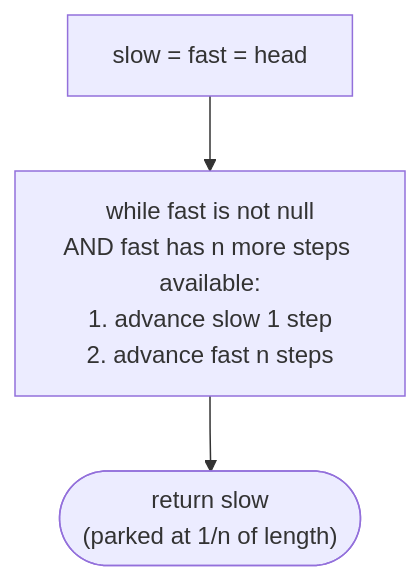
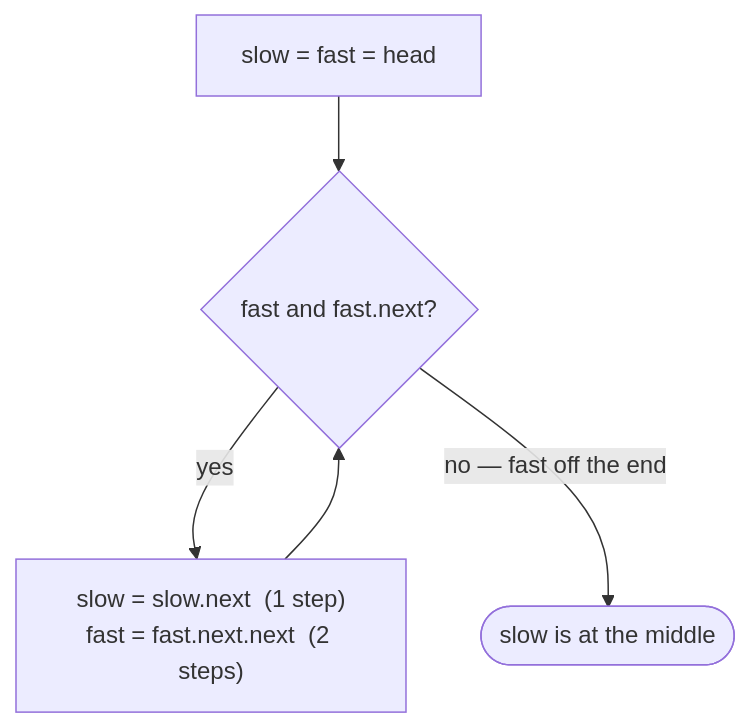
The diagram in content/cortex/data-structures-and-algorithms/02-linear-structures/03-singly-linked-list/10-pattern-fast-and-slow-pointers/01-pattern.md (ani2fun/codefolio), drawn with Mermaid before and after one commit. The commit also changed other lines of this file and 1049 other files, not shown here.

````diff
--- a/content/cortex/data-structures-and-algorithms/02-linear-structures/03-singly-linked-list/10-pattern-fast-and-slow-pointers/01-pattern.md
+++ b/content/cortex/data-structures-and-algorithms/02-linear-structures/03-singly-linked-list/10-pattern-fast-and-slow-pointers/01-pattern.md
@@ -88,7 +46,7 @@
 ```mermaid
 flowchart TB
-    INIT["slow = fast = head"]
-    LOOP["while fast is not null<br/>AND fast has n more steps available:<br/>1. advance slow 1 step<br/>2. advance fast n steps"]
-    END(["return slow<br/>(parked at 1/n of length)"])
-    INIT --> LOOP --> END
+  I["slow = fast = head"] --> Q{"fast and fast.next?"}
+  Q -->|"yes"| M["slow = slow.next  (1 step)<br/>fast = fast.next.next  (2 steps)"]
+  M --> Q
+  Q -->|"no — fast off the end"| R(["slow is at the middle"])
 ```
````
